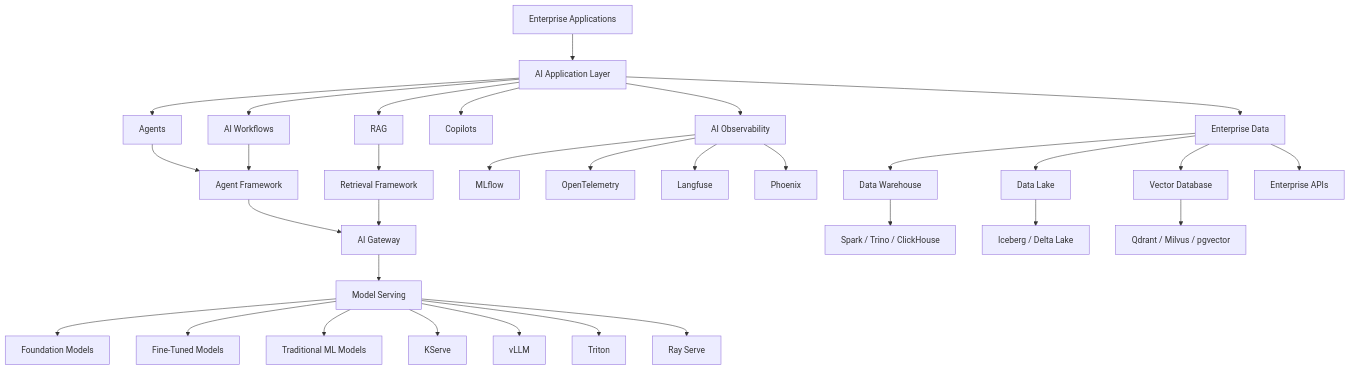
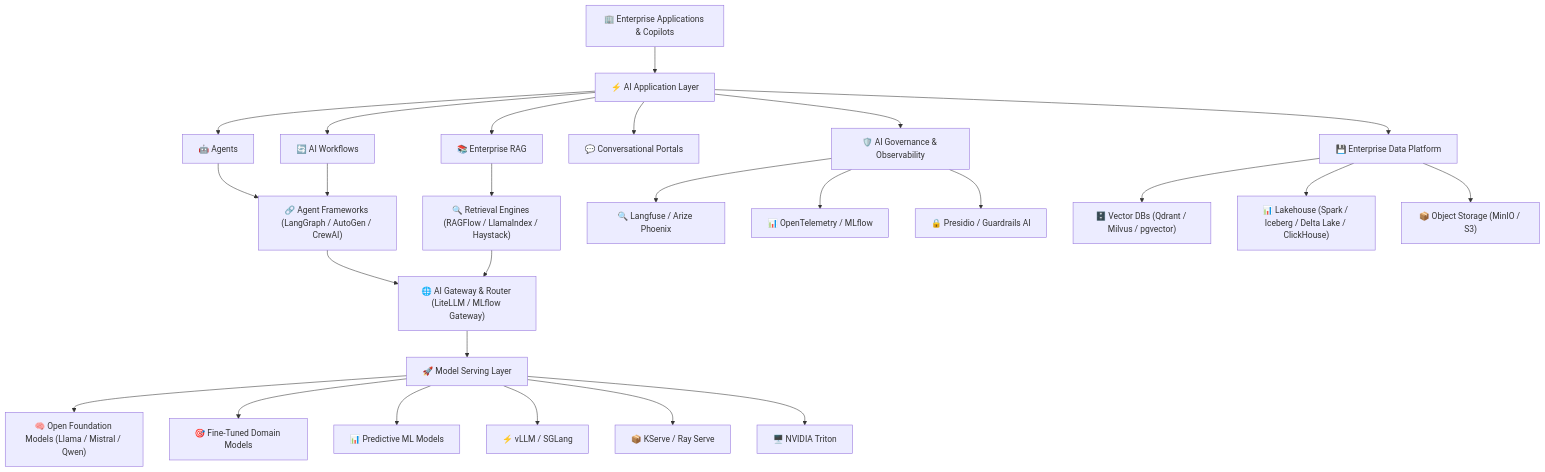
The first of 3 diagrams in README.md (ishandutta2007/Awesome-Enterprise-AI-Platform), drawn with Mermaid before and after one commit. The commit also changed other lines of this file and 2 other files, not shown here.

Commit message:
Enhance README: add company size column & sort SaaS by size, add market size line, add open source repos with star badges & sort by stars, add SVG banner, social preview GIF, SEO optimizations, emojis, badges, and star history chart

````diff
--- a/README.md
+++ b/README.md
@@ -583,95 +349,38 @@
 ```mermaid
+flowchart TB
+    A["🏢 Enterprise Applications & Copilots"]
 
-flowchart TB
+    A --> B["⚡ AI Application Layer"]
 
+    B --> C["🤖 Agents"]
+    B --> D["📚 Enterprise RAG"]
+    B --> E["🔄 AI Workflows"]
+    B --> F["💬 Conversational Portals"]
 
-
-    A[Enterprise Applications]
-
-
-
-    A --> B[AI Application Layer]
-
-
-
-    B --> C[Agents]
-
-    B --> D[RAG]
-
-    B --> E[AI Workflows]
-
-    B --> F[Copilots]
-
-
-
-    C --> G[Agent Framework]
-
-    D --> H[Retrieval Framework]
-
+    C --> G["🔗 Agent Frameworks (LangGraph / AutoGen / CrewAI)"]
+    D --> H["🔍 Retrieval Engines (RAGFlow / LlamaIndex / Haystack)"]
     E --> G
 
-
-
-    G --> I[AI Gateway]
-
+    G --> I["🌐 AI Gateway & Router (LiteLLM / MLflow Gateway)"]
     H --> I
 
+    I --> J["🚀 Model Serving Layer"]
 
+    J --> K["🧠 Open Foundation Models (Llama / Mistral / Qwen)"]
+    J --> L["🎯 Fine-Tuned Domain Models"]
+    J --> M["📊 Predictive ML Models"]
 
-    I --> J[Model Serving]
+    J --> N["⚡ vLLM / SGLang"]
+    J --> O["📦 KServe / Ray Serve"]
+    J --> P["🖥️ NVIDIA Triton"]
 
+    B --> Q["🛡️ AI Governance & Observability"]
+    Q --> R["🔍 Langfuse / Arize Phoenix"]
+    Q --> S["📊 OpenTelemetry / MLflow"]
+    Q --> T["🔒 Presidio / Guardrails AI"]
 
-
-    J --> K[Foundation Models]
-
-    J --> L[Fine-Tuned Models]
-
-    J --> M[Traditional ML Models]
-
-
-
-    J --> N[KServe]
-
-    J --> O[vLLM]
-
-    J --> P[Triton]
-
-    J --> Q[Ray Serve]
-
-
-
-    B --> R[AI Observability]
-
-
-
-    R --> S[MLflow]
-
-    R --> T[OpenTelemetry]
-
-    R --> U[Langfuse]
-
-    R --> V[Phoenix]
-
-
-
-    B --> W[Enterprise Data]
-
-
-
-    W --> X[Data Warehouse]
-
-    W --> Y[Data Lake]
-
-    W --> Z[Vector Database]
-
-    W --> AA[Enterprise APIs]
-
-
-
-    X --> AB[Spark / Trino / ClickHouse]
-
-    Y --> AC[Iceberg / Delta Lake]
-
-    Z --> AD[Qdrant / Milvus / pgvector]
-
+    B --> U["💾 Enterprise Data Platform"]
+    U --> V["🗄️ Vector DBs (Qdrant / Milvus / pgvector)"]
+    U --> W["📊 Lakehouse (Spark / Iceberg / Delta Lake / ClickHouse)"]
+    U --> X["📦 Object Storage (MinIO / S3)"]
 ```
````
